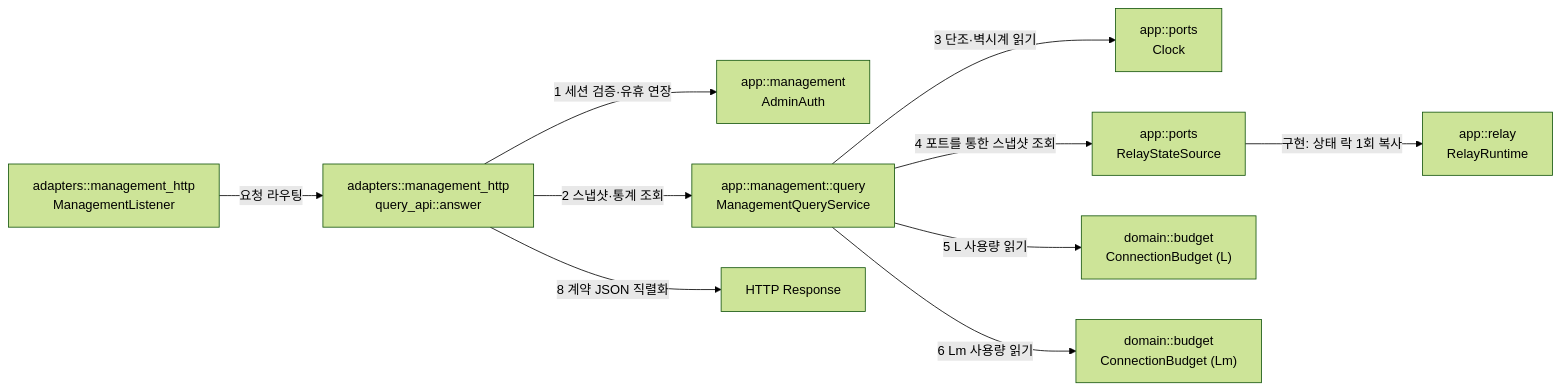
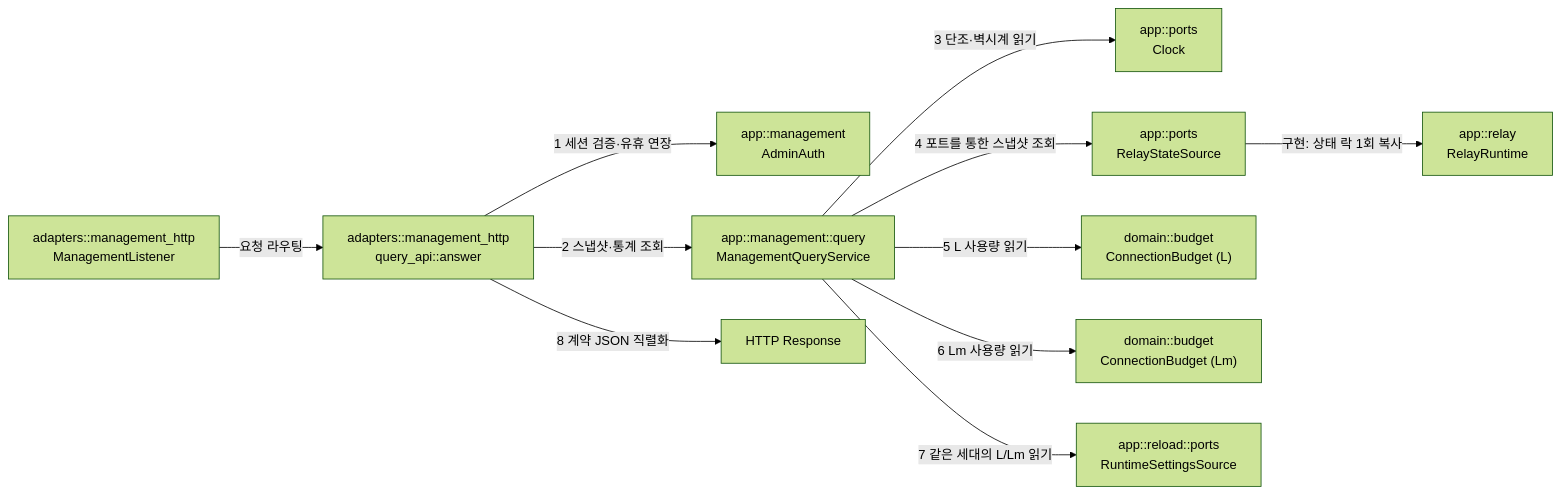
One commit to kayden-kim/vnc-relay changed the diagram in docs/architectures/management-query.md. Above: the diagram before and after it, drawn with Mermaid (forest theme). The commit also changed other lines of this file and 113 other files, not shown here.

````diff
--- a/docs/architectures/management-query.md
+++ b/docs/architectures/management-query.md
@@ -47,12 +48,13 @@
 ```mermaid
 flowchart LR
     ML["adapters::management_http<br/>ManagementListener"] -->|"요청 라우팅"| QA["adapters::management_http<br/>query_api::answer"]
     QA -->|"1 세션 검증·유휴 연장"| AUTH["app::management<br/>AdminAuth"]
     QA -->|"2 스냅샷·통계 조회"| QS["app::management::query<br/>ManagementQueryService"]
     QS -->|"3 단조·벽시계 읽기"| CLK["app::ports<br/>Clock"]
     QS -->|"4 포트를 통한 스냅샷 조회"| RS["app::ports<br/>RelayStateSource"]
     RS -->|"구현: 상태 락 1회 복사"| RT["app::relay<br/>RelayRuntime"]
     QS -->|"5 L 사용량 읽기"| RB["domain::budget<br/>ConnectionBudget (L)"]
     QS -->|"6 Lm 사용량 읽기"| AB["domain::budget<br/>ConnectionBudget (Lm)"]
+    QS -->|"7 같은 세대의 L/Lm 읽기"| CFG["app::reload::ports<br/>RuntimeSettingsSource"]
     QA -->|"8 계약 JSON 직렬화"| RES["HTTP Response"]
 ```
````
